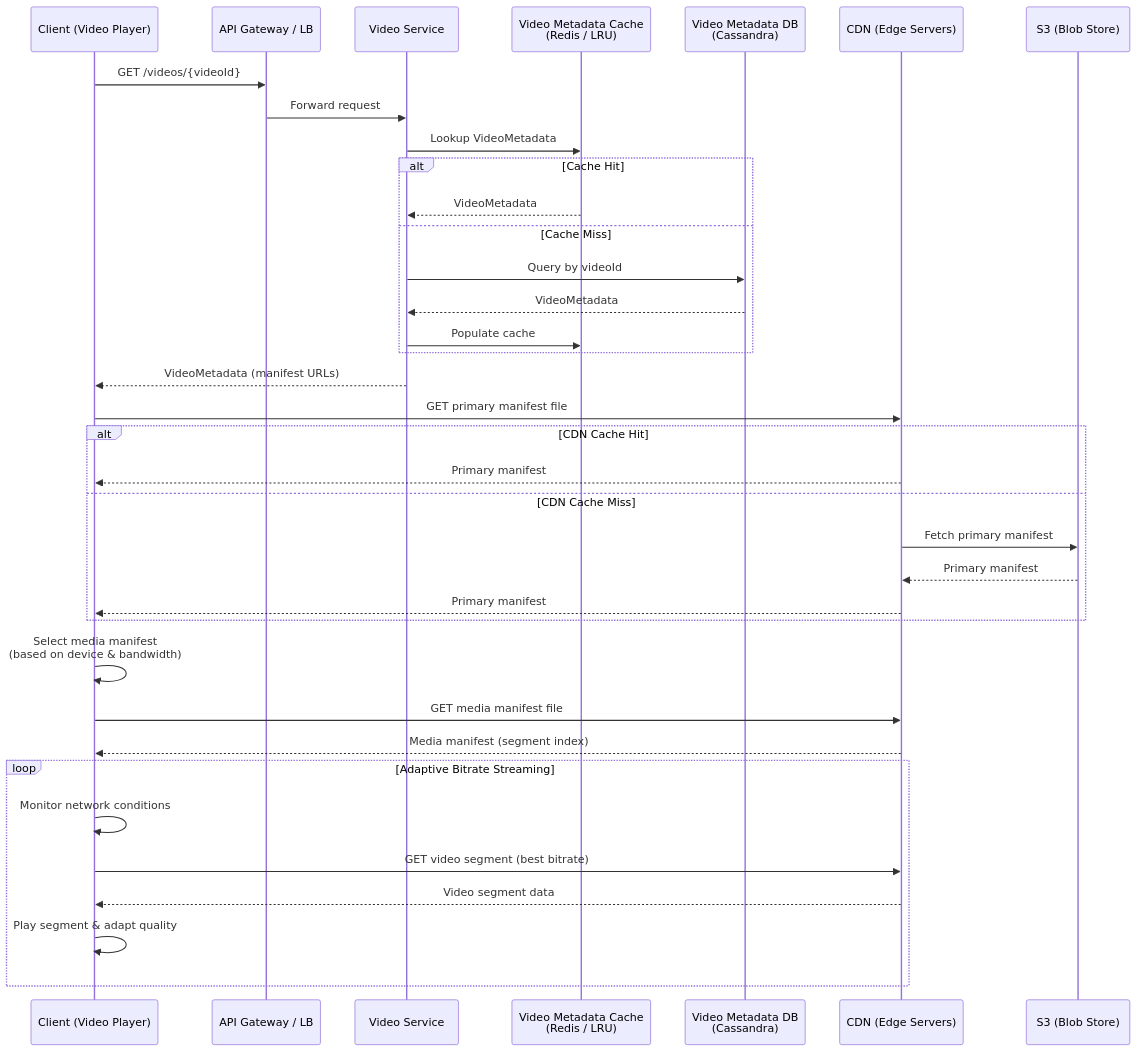
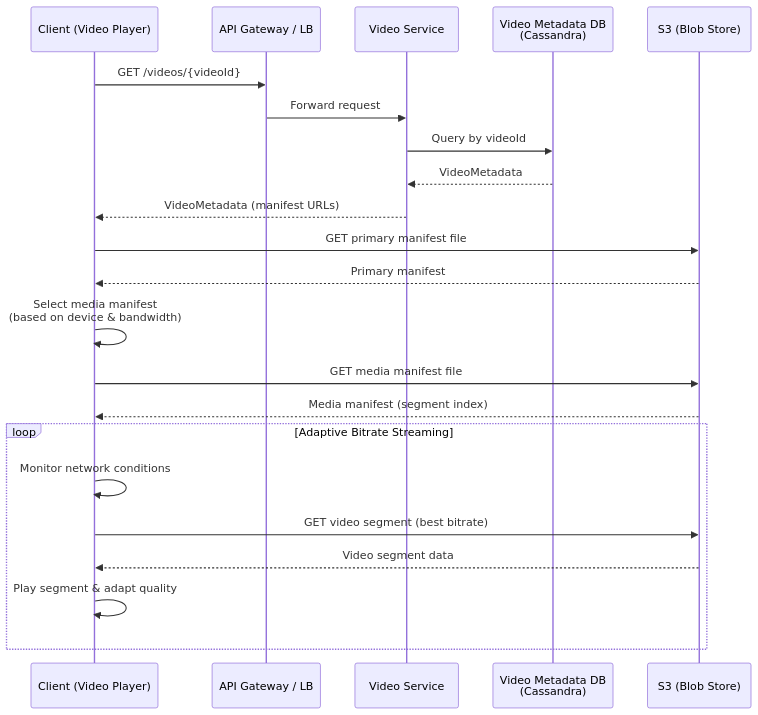
Before and after one commit to vipi-n/swe-101: the third of 9 diagrams in hld/youtube.md, drawn with Mermaid. The commit also changed other lines of this file, not shown here.

````diff
--- a/hld/youtube.md
+++ b/hld/youtube.md
@@ -341,42 +410,28 @@
 ```mermaid
 sequenceDiagram
     participant C as Client (Video Player)
     participant AG as API Gateway / LB
     participant VS as Video Service
-    participant Cache as Video Metadata Cache<br/>(Redis / LRU)
     participant DB as Video Metadata DB<br/>(Cassandra)
-    participant CDN as CDN (Edge Servers)
     participant S3 as S3 (Blob Store)
 
     C->>AG: GET /videos/{videoId}
     AG->>VS: Forward request
-    VS->>Cache: Lookup VideoMetadata
-    alt Cache Hit
-        Cache-->>VS: VideoMetadata
-    else Cache Miss
-        VS->>DB: Query by videoId
-        DB-->>VS: VideoMetadata
-        VS->>Cache: Populate cache
-    end
+    VS->>DB: Query by videoId
+    DB-->>VS: VideoMetadata
     VS-->>C: VideoMetadata (manifest URLs)
 
-    C->>CDN: GET primary manifest file
-    alt CDN Cache Hit
-        CDN-->>C: Primary manifest
-    else CDN Cache Miss
-        CDN->>S3: Fetch primary manifest
-        S3-->>CDN: Primary manifest
-        CDN-->>C: Primary manifest
-    end
+    C->>S3: GET primary manifest file
+    S3-->>C: Primary manifest
 
     C->>C: Select media manifest<br/>(based on device & bandwidth)
-    C->>CDN: GET media manifest file
-    CDN-->>C: Media manifest (segment index)
+    C->>S3: GET media manifest file
+    S3-->>C: Media manifest (segment index)
 
     loop Adaptive Bitrate Streaming
         C->>C: Monitor network conditions
-        C->>CDN: GET video segment (best bitrate)
-        CDN-->>C: Video segment data
+        C->>S3: GET video segment (best bitrate)
+        S3-->>C: Video segment data
         C->>C: Play segment & adapt quality
     end
 ```
````
